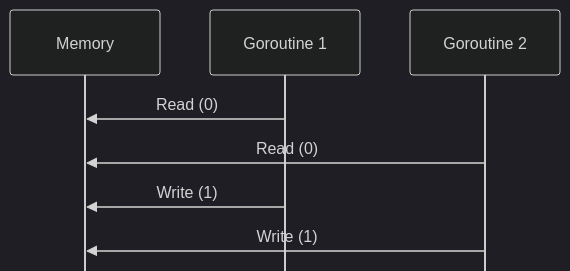
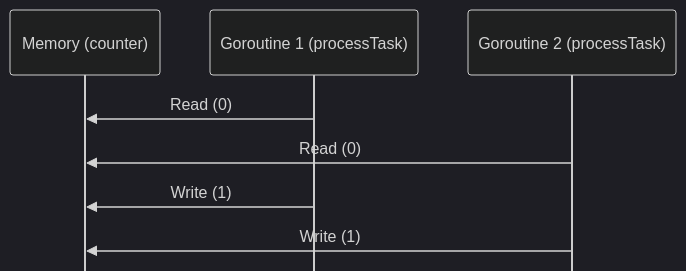
Before and after one commit to bezmoradi/tutorials: the diagram in go/17-concurrency.md, drawn with Mermaid (dark theme). The commit also changed other lines of this file, not shown here.

````diff
--- a/go/17-concurrency.md
+++ b/go/17-concurrency.md
@@ -1041,12 +1047,12 @@
 ```mermaid
 %%{init: {'sequence': {'mirrorActors': false}}}%%
 sequenceDiagram
-    participant M as Memory
-    participant G1 as Goroutine 1
-    participant G2 as Goroutine 2
+    participant M as Memory (counter)
+    participant G1 as Goroutine 1 (processTask)
+    participant G2 as Goroutine 2 (processTask)
 
     G1->>M: Read (0)
     G2->>M: Read (0)
     G1->>M: Write (1)
     G2->>M: Write (1)
 ```
````
